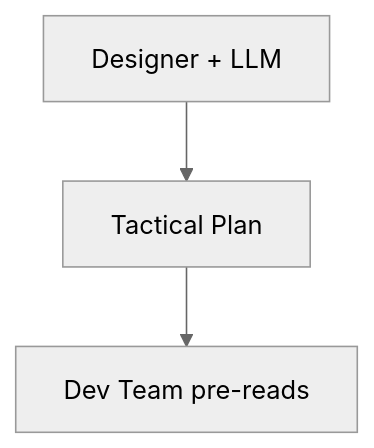
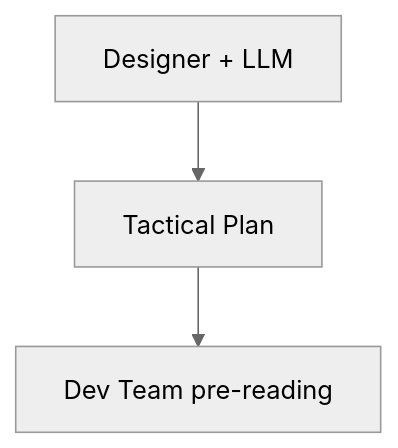
Before and after one commit to dc2method/dc2-website: the second of 6 diagrams in src/content/docs/en/roles-et-responsabilites.md, drawn with Mermaid (neutral theme). The commit also changed other lines of this file and 63 other files, not shown here.

````diff
--- a/src/content/docs/en/roles-et-responsabilites.md
+++ b/src/content/docs/en/roles-et-responsabilites.md
@@ -157,5 +156,5 @@
 ```mermaid
 graph TD
     CL[Designer + LLM] --> PT[Tactical Plan]
-    PT --> ED[Dev Team pre-reads]
+    PT --> ED[Dev Team pre-reading]
 ```
````
